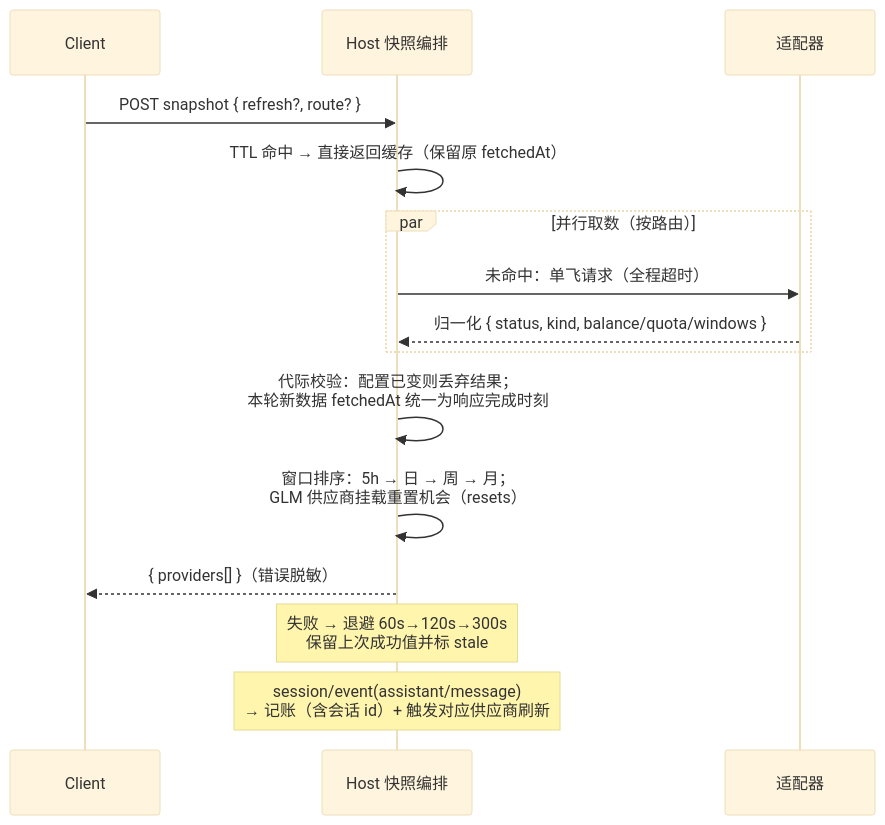
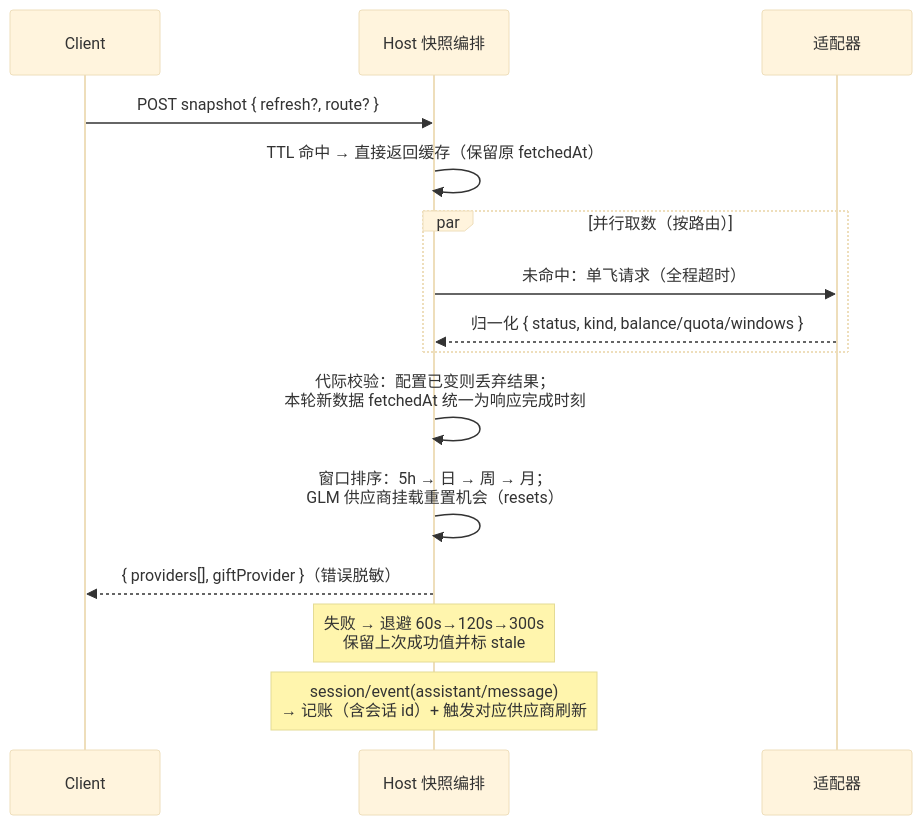
The fourth of 5 diagrams in docs/architecture.md (Antecer/dsh-model-usage), drawn with Mermaid (base theme) before and after one commit. The commit also changed other lines of this file and 32 other files, not shown here.

````diff
--- a/docs/architecture.md
+++ b/docs/architecture.md
@@ -114,17 +122,17 @@
 ```mermaid
 sequenceDiagram
   participant C as Client
   participant H as Host 快照编排
   participant A as 适配器
   C->>H: POST snapshot { refresh?, route? }
   H->>H: TTL 命中 → 直接返回缓存（保留原 fetchedAt）
   par 并行取数（按路由）
     H->>A: 未命中：单飞请求（全程超时）
     A-->>H: 归一化 { status, kind, balance/quota/windows }
   end
   H->>H: 代际校验：配置已变则丢弃结果；<br/>本轮新数据 fetchedAt 统一为响应完成时刻
   H->>H: 窗口排序：5h → 日 → 周 → 月；<br/>GLM 供应商挂载重置机会（resets）
-  H-->>C: { providers[] }（错误脱敏）
+  H-->>C: { providers[], giftProvider }（错误脱敏）
   Note over H: 失败 → 退避 60s→120s→300s<br/>保留上次成功值并标 stale
   Note over H: session/event(assistant/message)<br/>→ 记账（含会话 id）+ 触发对应供应商刷新
 ```
````
